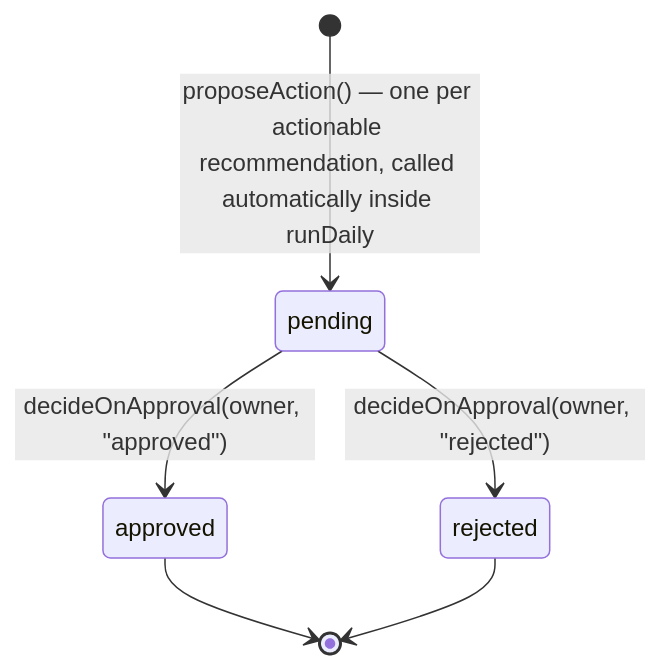
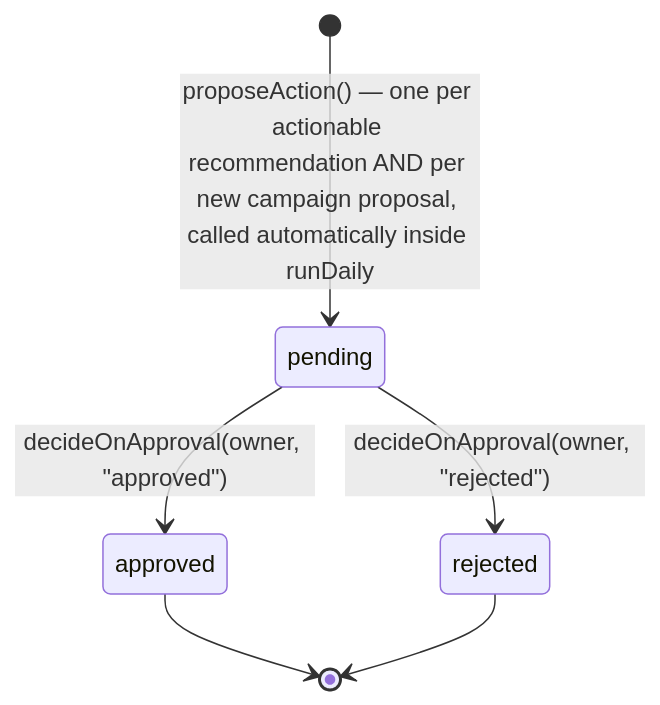
Before and after one commit to loonarsliving/Aiagent: the second of 4 diagrams in docs/ARCHITECTURE.md, drawn with Mermaid. The commit also changed other lines of this file and 99 other files, not shown here.

````diff
--- a/docs/ARCHITECTURE.md
+++ b/docs/ARCHITECTURE.md
@@ -116,8 +168,8 @@
 ```mermaid
 stateDiagram-v2
-    [*] --> pending: proposeAction() — one per actionable recommendation, called automatically inside runDaily
+    [*] --> pending: proposeAction() — one per actionable recommendation AND per new campaign proposal, called automatically inside runDaily
     pending --> approved: decideOnApproval(owner, "approved")
     pending --> rejected: decideOnApproval(owner, "rejected")
     approved --> [*]
     rejected --> [*]
 ```
````
